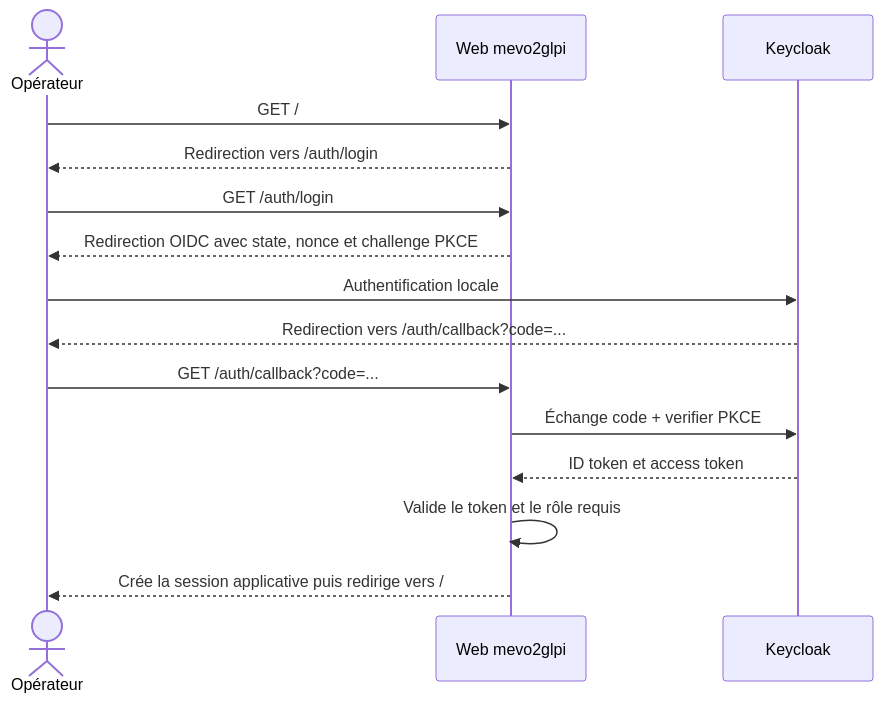
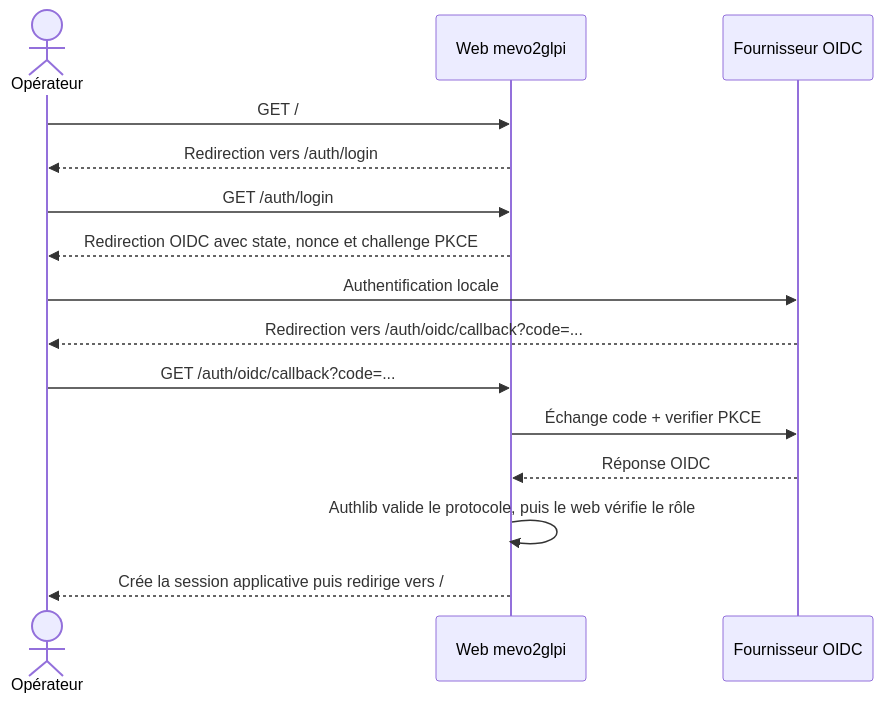
One commit to dev-vauclaire/mevo2glpi changed the second of 2 diagrams in docs/conception/authentification-oidc-keycloak.md. Above: the diagram before and after it, drawn with Mermaid. The commit also changed other lines of this file and 72 other files, not shown here.

Commit message:
feat(auth): secure web with local and OIDC login

````diff
--- a/docs/conception/authentification-oidc-keycloak.md
+++ b/docs/conception/authentification-oidc-keycloak.md
@@ -92,18 +106,18 @@
 ```mermaid
 sequenceDiagram
     actor O as Opérateur
     participant W as Web mevo2glpi
-    participant K as Keycloak
+    participant K as Fournisseur OIDC
 
     O->>W: GET /
     W-->>O: Redirection vers /auth/login
     O->>W: GET /auth/login
     W-->>O: Redirection OIDC avec state, nonce et challenge PKCE
     O->>K: Authentification locale
-    K-->>O: Redirection vers /auth/callback?code=...
-    O->>W: GET /auth/callback?code=...
+    K-->>O: Redirection vers /auth/oidc/callback?code=...
+    O->>W: GET /auth/oidc/callback?code=...
     W->>K: Échange code + verifier PKCE
-    K-->>W: ID token et access token
-    W->>W: Valide le token et le rôle requis
+    K-->>W: Réponse OIDC
+    W->>W: Authlib valide le protocole, puis le web vérifie le rôle
     W-->>O: Crée la session applicative puis redirige vers /
 ```
````
